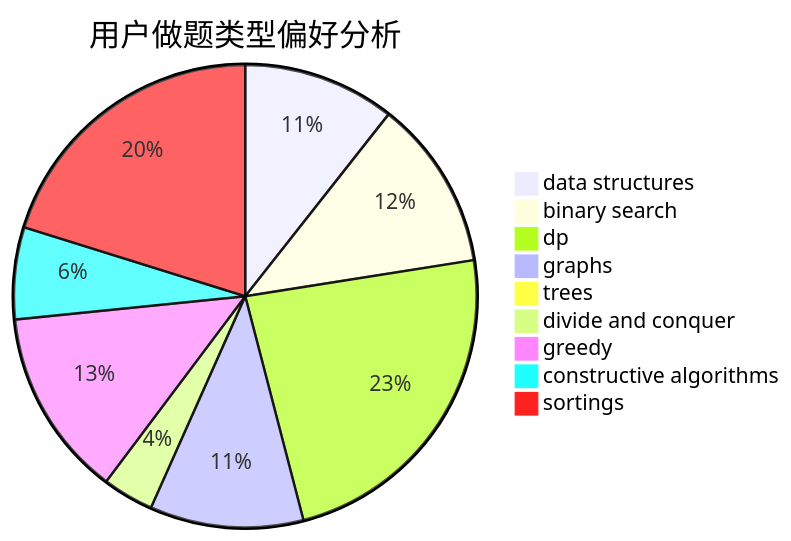
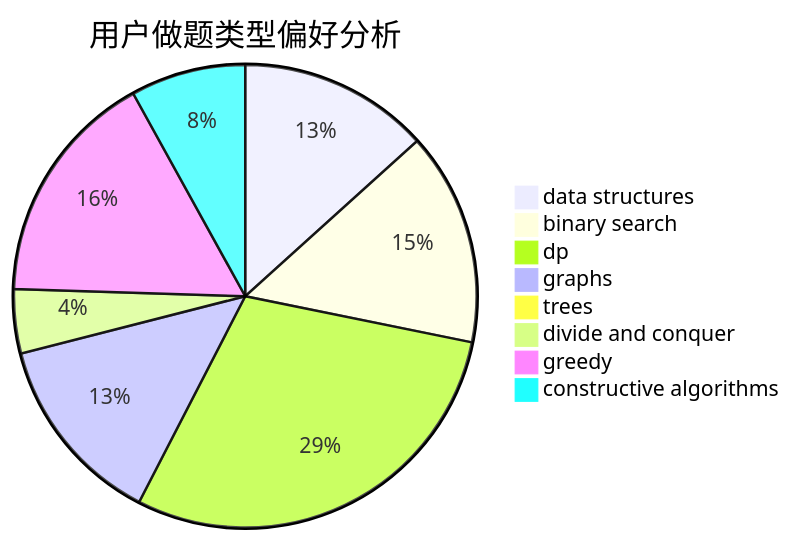
Before and after one commit to sherpahu/cfrs.github.io: the second of 3 diagrams in docs/user/u707.md, drawn with Mermaid. The commit also changed other lines of this file and 2769 other files, not shown here.

````diff
--- a/docs/user/u707.md
+++ b/docs/user/u707.md
@@ -18,12 +18,11 @@
 ```mermaid
 pie title 用户做题类型偏好分析
     "data structures" :  101
     "binary search" :  113
     "dp" :  223
     "graphs" :  102
     "trees" :  2
     "divide and conquer" :  34
     "greedy" :  125
     "constructive algorithms" :  61
-    "sortings" :  192
 ```
````
